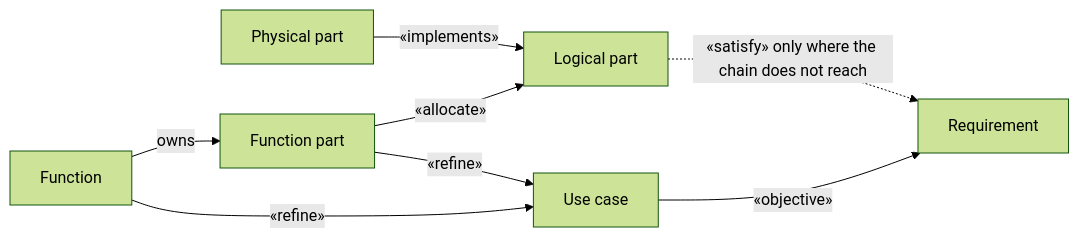
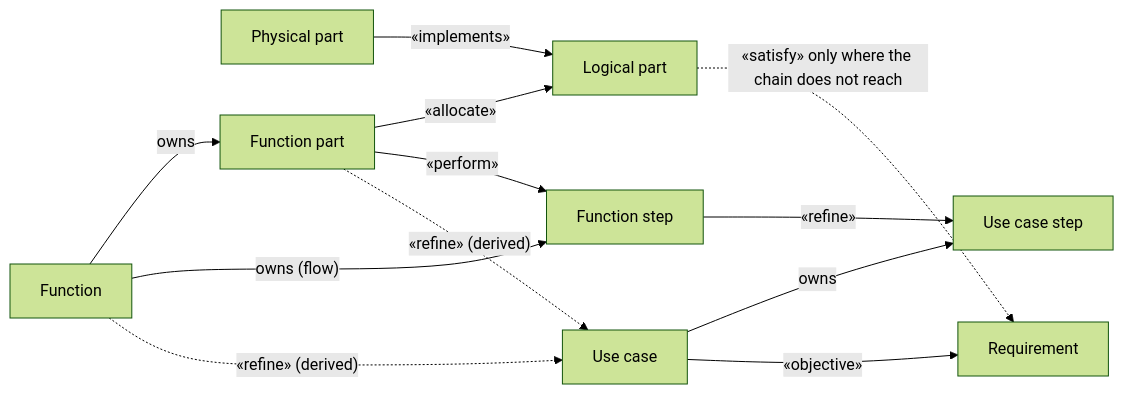
The second of 3 diagrams in docs/tutorials/mbse.md (PerTengkvist/sysmlviewer), drawn with Mermaid (forest theme) before and after one commit. The commit also changed other lines of this file and 8 other files, not shown here.

````diff
--- a/docs/tutorials/mbse.md
+++ b/docs/tutorials/mbse.md
@@ -59,10 +59,14 @@
 ```mermaid
 flowchart LR
   PP["Physical part"] -- "«implements»" --> LP["Logical part"]
   FP["Function part"] -- "«allocate»" --> LP
   FN["Function"] -- "owns" --> FP
-  FN -- "«refine»" --> UC["Use case"]
-  FP -- "«refine»" --> UC
+  FN -- "owns (flow)" --> FS["Function step"]
+  FP -- "«perform»" --> FS
+  FS -- "«refine»" --> US["Use case step"]
+  UC["Use case"] -- "owns" --> US
+  FN -. "«refine» (derived)" .-> UC
+  FP -. "«refine» (derived)" .-> UC
   UC -- "«objective»" --> RQ["Requirement"]
   LP -. "«satisfy» only where the chain does not reach" .-> RQ
 ```
````
